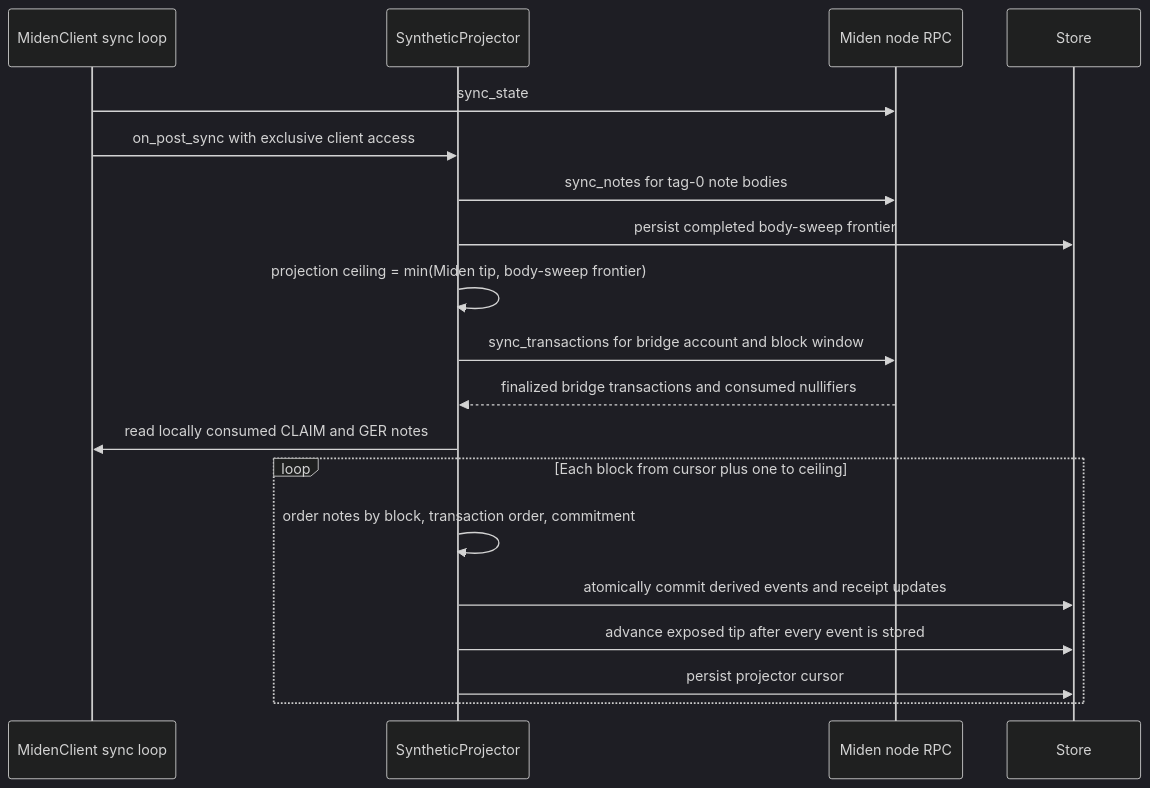
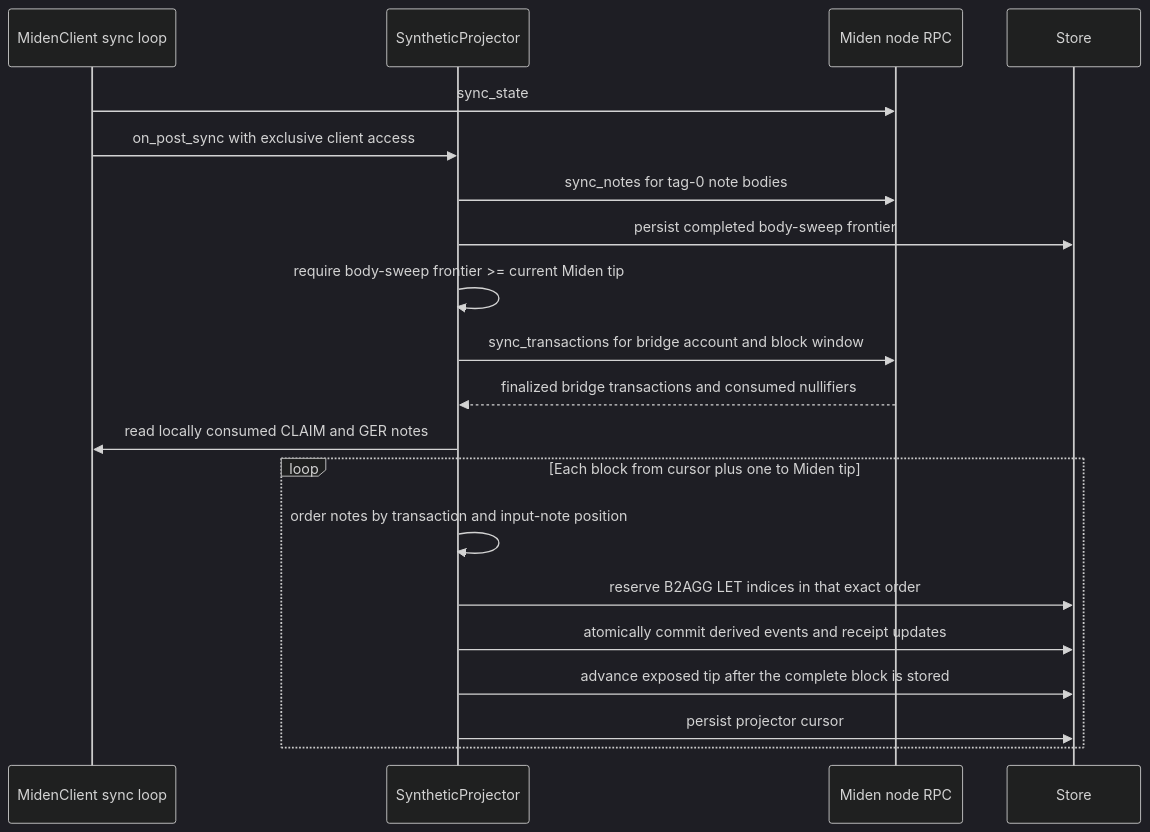
The third of 3 diagrams in docs/ARCHITECTURE.md (gateway-fm/miden-agglayer), drawn with Mermaid (dark theme) before and after one commit. The commit also changed other lines of this file and 22 other files, not shown here.

Commit message:
fix(projector): make LET projection restart-safe

````diff
--- a/docs/ARCHITECTURE.md
+++ b/docs/ARCHITECTURE.md
@@ -137,22 +137,23 @@
 ```mermaid
 sequenceDiagram
     participant M as MidenClient sync loop
     participant P as SyntheticProjector
     participant N as Miden node RPC
     participant S as Store
 
     M->>N: sync_state
     M->>P: on_post_sync with exclusive client access
     P->>N: sync_notes for tag-0 note bodies
     P->>S: persist completed body-sweep frontier
-    P->>P: projection ceiling = min(Miden tip, body-sweep frontier)
+    P->>P: require body-sweep frontier >= current Miden tip
     P->>N: sync_transactions for bridge account and block window
     N-->>P: finalized bridge transactions and consumed nullifiers
     P->>M: read locally consumed CLAIM and GER notes
-    loop Each block from cursor plus one to ceiling
-        P->>P: order notes by block, transaction order, commitment
+    loop Each block from cursor plus one to Miden tip
+        P->>P: order notes by transaction and input-note position
+        P->>S: reserve B2AGG LET indices in that exact order
         P->>S: atomically commit derived events and receipt updates
-        P->>S: advance exposed tip after every event is stored
+        P->>S: advance exposed tip after the complete block is stored
         P->>S: persist projector cursor
     end
 ```
````
